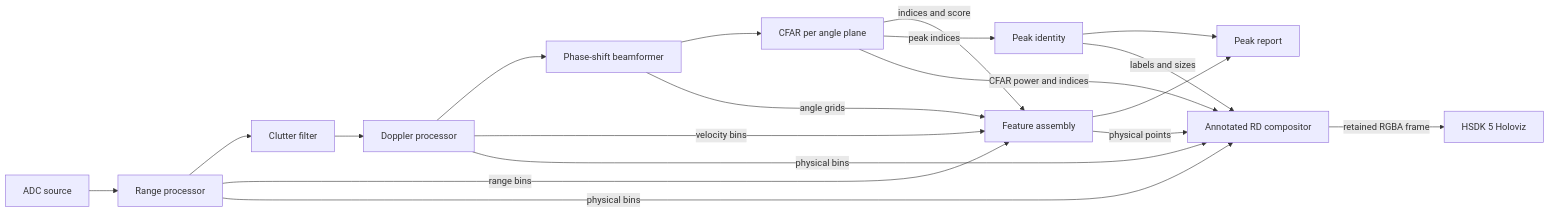
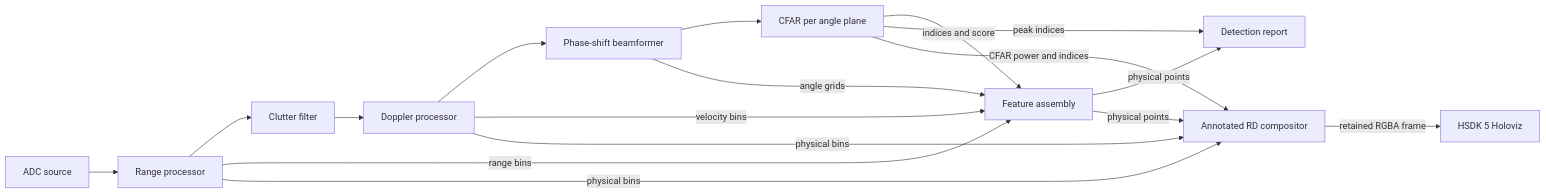
Before and after one commit to nvidia-holoscan/holoscan-radar: the second of 2 diagrams in applications/fmcw/simo/README.md, drawn with Mermaid. The commit also changed other lines of this file and 21 other files, not shown here.

````diff
--- a/applications/fmcw/simo/README.md
+++ b/applications/fmcw/simo/README.md
@@ -48,21 +48,19 @@
 ```mermaid
 flowchart LR
     ADC[ADC source] --> Range[Range processor]
     Range --> Clutter[Clutter filter]
     Clutter --> Doppler[Doppler processor]
     Doppler --> Beamformer[Phase-shift beamformer]
     Beamformer --> CFAR[CFAR per angle plane]
     CFAR -- indices and score --> Features[Feature assembly]
     Beamformer -- angle grids --> Features
     Range -- range bins --> Features
     Doppler -- velocity bins --> Features
-    CFAR -- peak indices --> Identity[Peak identity]
-    Features --> Report[Peak report]
-    Identity --> Report
+    CFAR -- peak indices --> Report[Detection report]
+    Features -- physical points --> Report
     CFAR -- CFAR power and indices --> Display[Annotated RD compositor]
     Features -- physical points --> Display
-    Identity -- labels and sizes --> Display
     Range -- physical bins --> Display
     Doppler -- physical bins --> Display
     Display -- retained RGBA frame --> Holoviz[HSDK 5 Holoviz]
 ```
````
